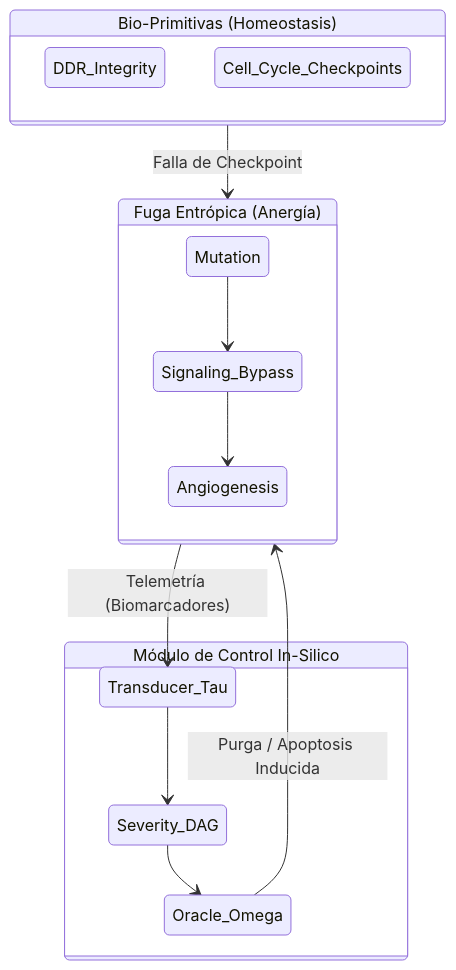
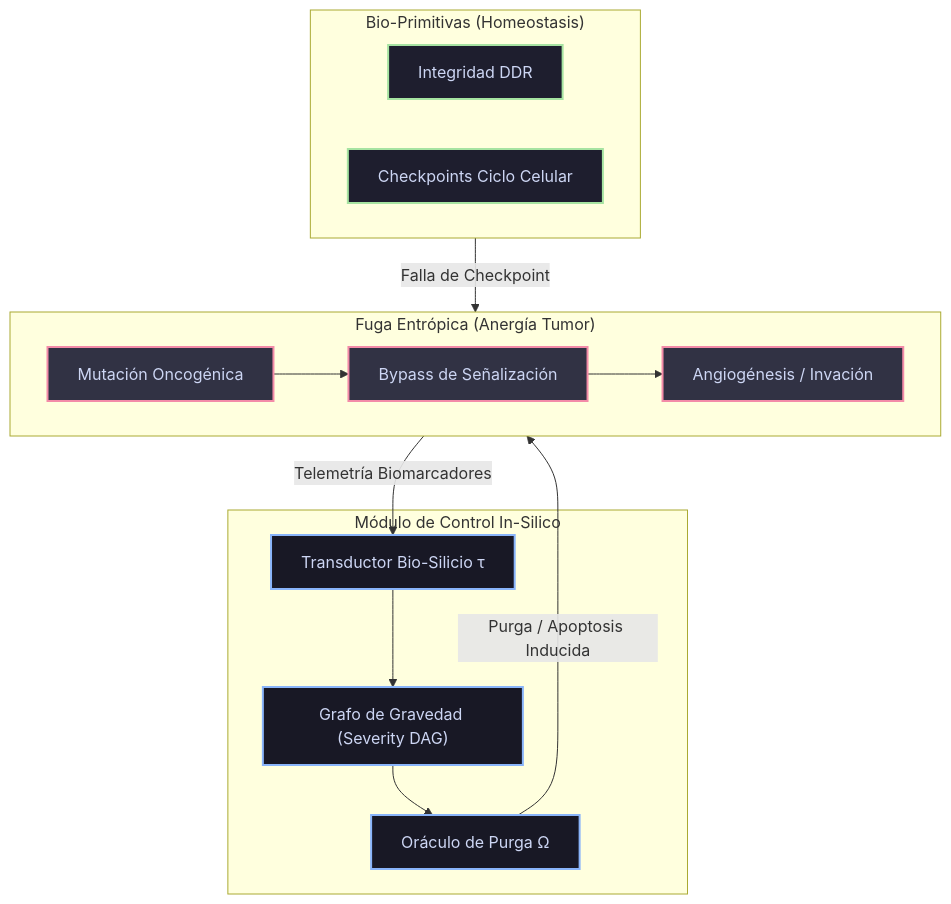
One commit to borjamoskv/BABYLON-60 changed the diagram in docs/06_theory/axiom_oncology_protocol.md. Above: the diagram before and after it, drawn with Mermaid. The commit also changed other lines of this file and 17 other files, not shown here.

````diff
--- a/docs/06_theory/axiom_oncology_protocol.md
+++ b/docs/06_theory/axiom_oncology_protocol.md
@@ -62,23 +84,27 @@
 ```mermaid
-stateDiagram-v2
-    direction TB
-    
-    state "Bio-Primitivas (Homeostasis)" as Bio {
-        DDR_Integrity
-        Cell_Cycle_Checkpoints
-    }
-    
-    state "Fuga Entrópica (Anergía)" as Tumor {
-        Mutation --> Signaling_Bypass
-        Signaling_Bypass --> Angiogenesis
-    }
-    
-    state "Módulo de Control In-Silico" as Agent {
-        Transducer_Tau --> Severity_DAG
-        Severity_DAG --> Oracle_Omega
-    }
-    
-    Bio --> Tumor : Falla de Checkpoint
-    Tumor --> Transducer_Tau : Telemetría (Biomarcadores)
-    Oracle_Omega --> Tumor : Purga / Apoptosis Inducida
+flowchart TB
+    %% Estilos
+    classDef bio fill:#1e1e2e,stroke:#a6e3a1,stroke-width:2px,color:#cdd6f4;
+    classDef tumor fill:#313244,stroke:#f38ba8,stroke-width:2px,color:#cdd6f4;
+    classDef agent fill:#181825,stroke:#89b4fa,stroke-width:2px,color:#cdd6f4;
+    classDef purge fill:#181825,stroke:#f9e2af,stroke-width:2px,color:#cdd6f4;
+
+    subgraph Bio_Primitives ["Bio-Primitivas (Homeostasis)"]
+        DDR["Integridad DDR"]:::bio
+        Cycle["Checkpoints Ciclo Celular"]:::bio
+    end
+
+    subgraph Entropy_Leak ["Fuga Entrópica (Anergía Tumor)"]
+        Mut["Mutación Oncogénica"]:::tumor --> Signaling["Bypass de Señalización"]:::tumor
+        Signaling --> Angio["Angiogénesis / Invación"]:::tumor
+    end
+
+    subgraph Control_Engine ["Módulo de Control In-Silico"]
+        Tau["Transductor Bio-Silicio τ"]:::agent --> DAG["Grafo de Gravedad (Severity DAG)"]:::agent
+        DAG --> OracleOmega["Oráculo de Purga Ω"]:::agent
+    end
+
+    Bio_Primitives -- "Falla de Checkpoint" --> Entropy_Leak
+    Entropy_Leak -- "Telemetría Biomarcadores" --> Tau
+    OracleOmega -- "Purga / Apoptosis Inducida" --> Entropy_Leak
 ```
````
